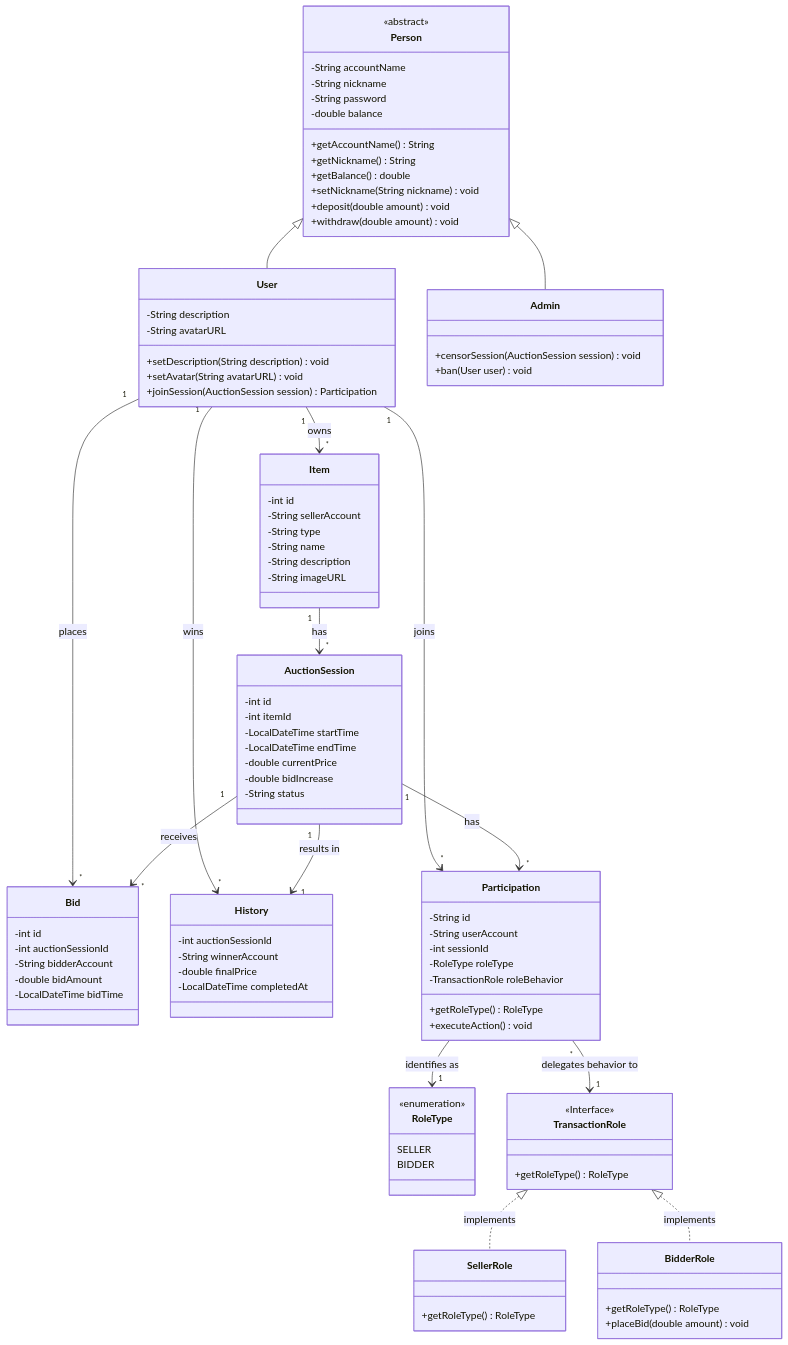
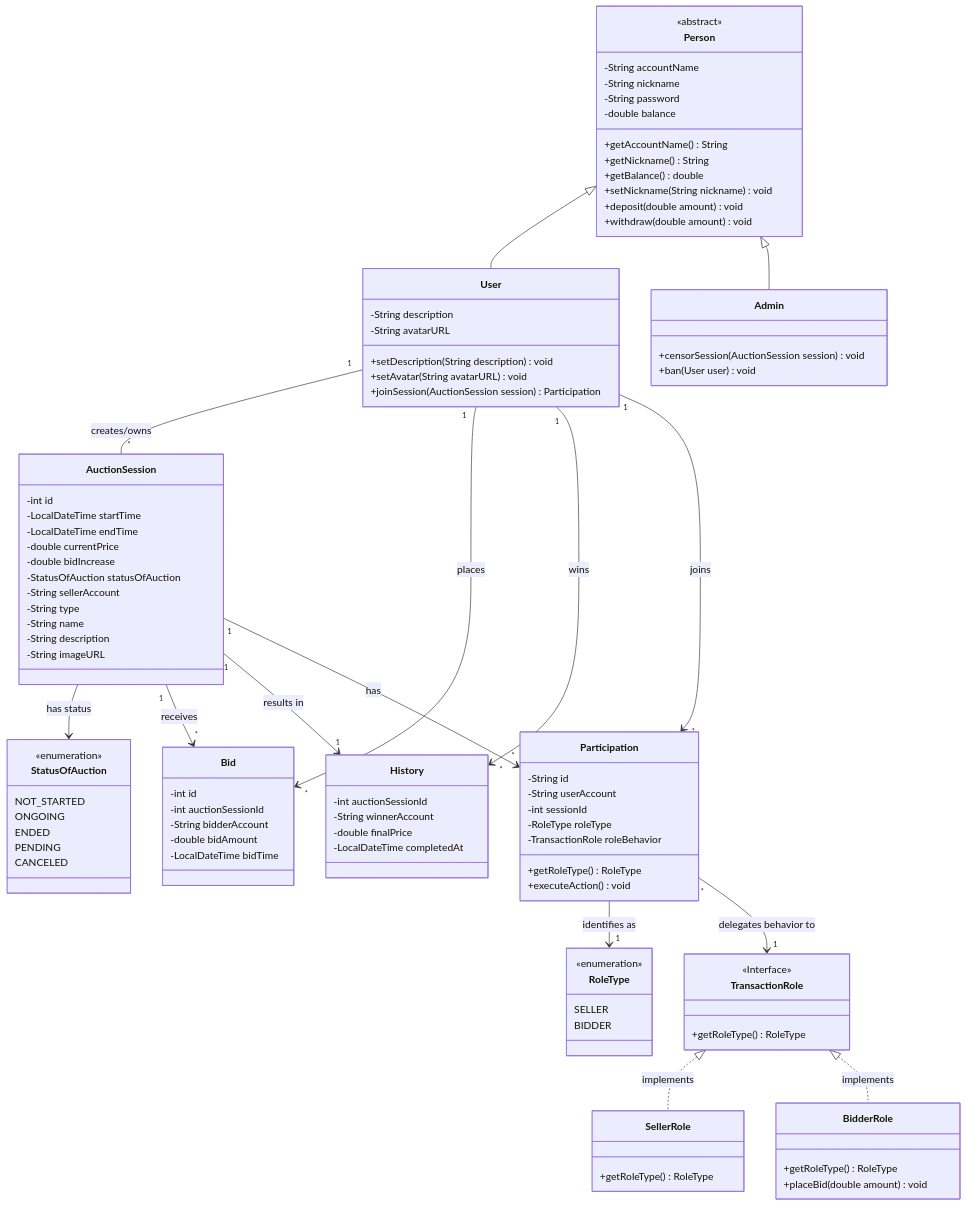
The diagram in README.md (phudeptraibodoithe/Bai-tap-lon-nhom-6), drawn with Mermaid before and after one commit. The commit also changed other lines of this file and 74 other files, not shown here.

````diff
--- a/README.md
+++ b/README.md
@@ -7,5 +7,15 @@
 ```mermaid
 classDiagram
+    %% --- PHẦN ENUM ---
+    class StatusOfAuction {
+        <<enumeration>>
+        NOT_STARTED
+        ONGOING
+        ENDED
+        PENDING
+        CANCELED
+    }
+
     %% --- PHẦN CLASS KẾ THỪA CƠ BẢN ---
     class Person {
         <<abstract>>
@@ -38,8 +48,13 @@
     Person <|-- Admin
 
     %% --- PHẦN ENTITY CỐT LÕI ---
-    class Item {
+    class AuctionSession {
         -int id
+        -LocalDateTime startTime
+        -LocalDateTime endTime
+        -double currentPrice
+        -double bidIncrease
+        -StatusOfAuction statusOfAuction
         -String sellerAccount
         -String type
         -String name
@@ -47,15 +62,8 @@
         -String imageURL
     }
 
-    class AuctionSession {
-        -int id
-        -int itemId
-        -LocalDateTime startTime
-        -LocalDateTime endTime
-        -double currentPrice
-        -double bidIncrease
-        -String status
-    }
+    %% Kết nối AuctionSession với Enum Status
+    AuctionSession --> StatusOfAuction : has status
 
     class Bid {
         -int id
@@ -72,8 +80,7 @@
         -LocalDateTime completedAt
     }
 
-    User "1" --> "*" Item : owns
-    Item "1" --> "*" AuctionSession : has
+    User "1" -- "*" AuctionSession : creates/owns
     User "1" --> "*" Bid : places
     AuctionSession "1" --> "*" Bid : receives
     User "1" --> "*" History : wins
````
